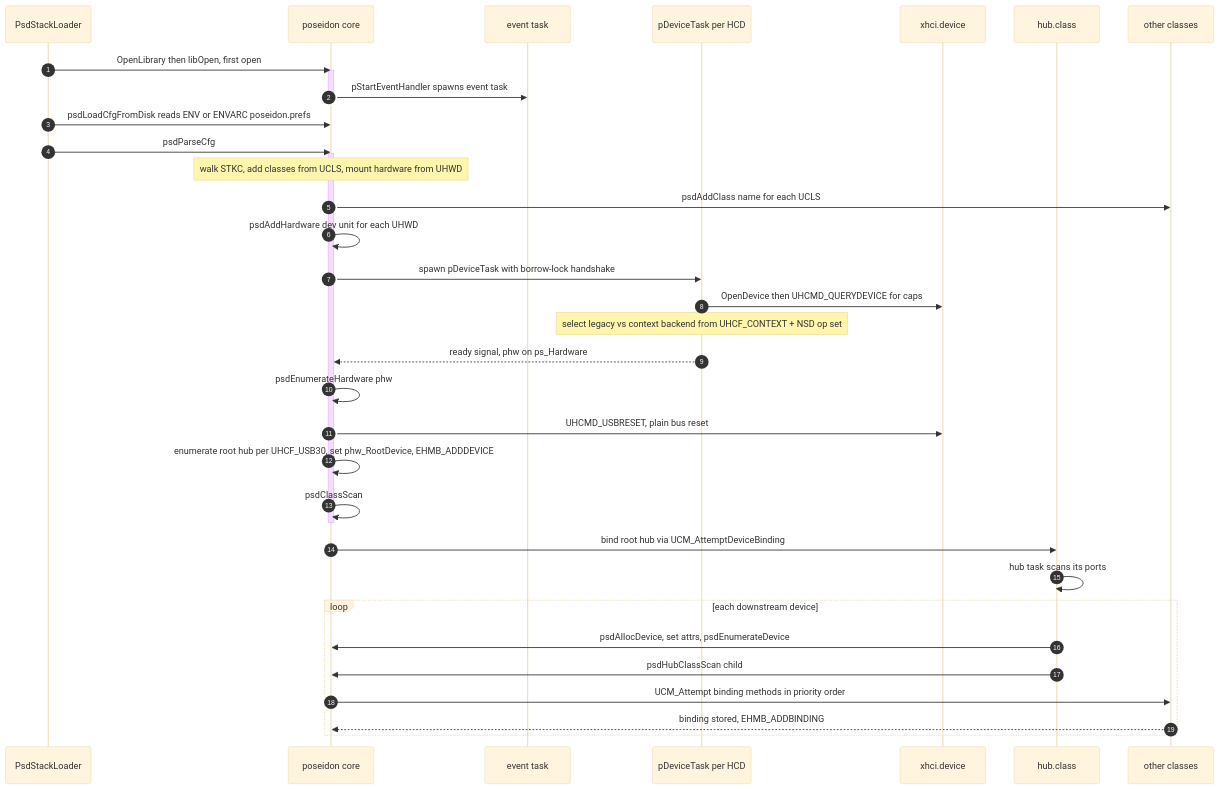
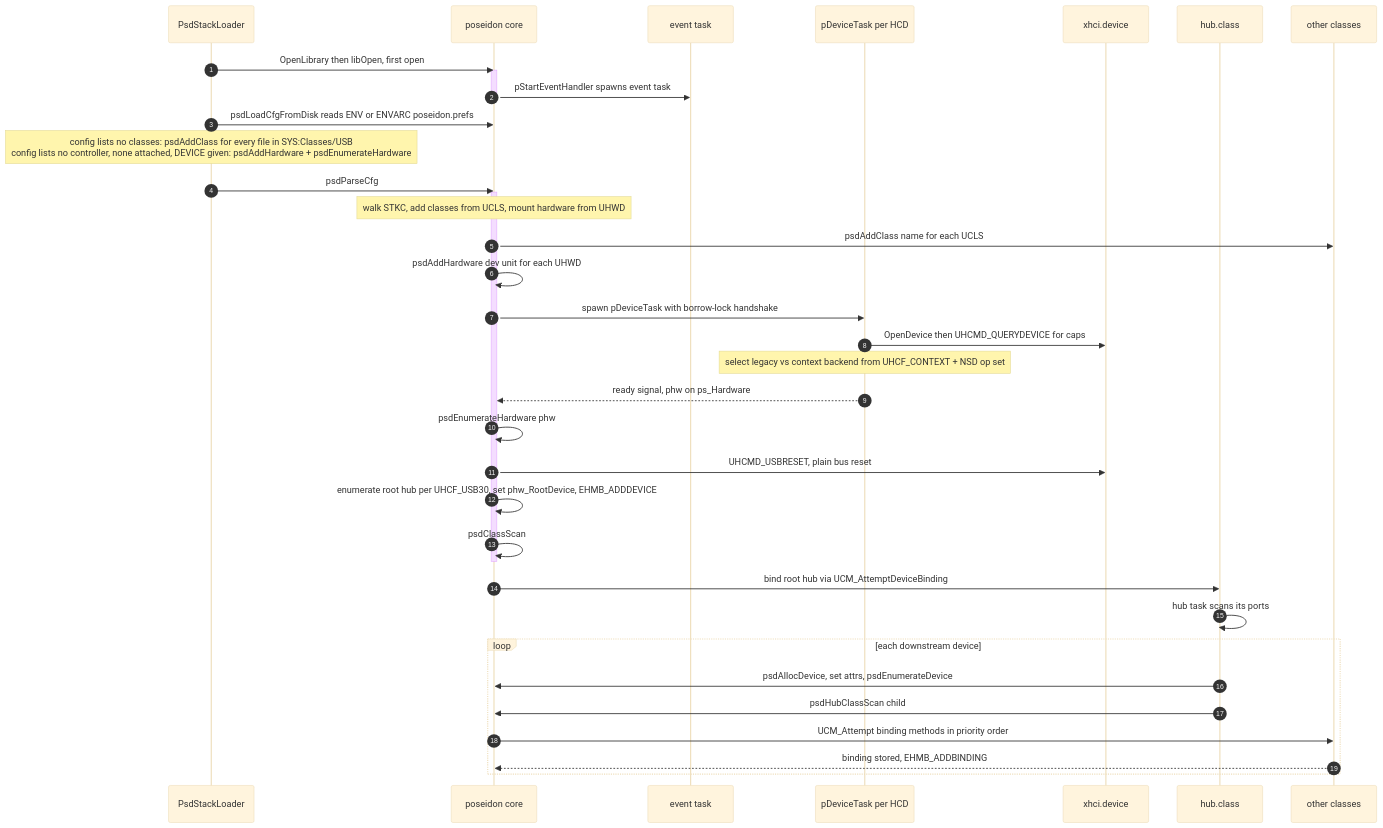
One commit to rondoval/poseidon-backport changed diagram 12 of 17 in docs/poseidon.library-architecture.md. Above: the diagram before and after it, drawn with Mermaid (base theme). The commit also changed other lines of this file and 6 other files, not shown here.

````diff
--- a/docs/poseidon.library-architecture.md
+++ b/docs/poseidon.library-architecture.md
@@ -963,39 +963,40 @@
 ```mermaid
 sequenceDiagram
     autonumber
     participant SL as PsdStackLoader
     participant PS as poseidon core
     participant ET as event task
     participant HW as pDeviceTask per HCD
     participant HCD as xhci.device
     participant HUB as hub.class
     participant CLS as other classes
 
     SL->>PS: OpenLibrary then libOpen, first open
     activate PS
     PS->>ET: pStartEventHandler spawns event task
     deactivate PS
     SL->>PS: psdLoadCfgFromDisk reads ENV or ENVARC poseidon.prefs
+    note over SL: config lists no classes: psdAddClass for every file in SYS:Classes/USB<br/>config lists no controller, none attached, DEVICE given: psdAddHardware + psdEnumerateHardware
     SL->>PS: psdParseCfg
     activate PS
     note over PS: walk STKC, add classes from UCLS, mount hardware from UHWD
     PS->>CLS: psdAddClass name for each UCLS
     PS->>PS: psdAddHardware dev unit for each UHWD
     PS->>HW: spawn pDeviceTask with borrow-lock handshake
     HW->>HCD: OpenDevice then UHCMD_QUERYDEVICE for caps
     note over HW: select legacy vs context backend from UHCF_CONTEXT + NSD op set
     HW-->>PS: ready signal, phw on ps_Hardware
     PS->>PS: psdEnumerateHardware phw
     PS->>HCD: UHCMD_USBRESET, plain bus reset
     PS->>PS: enumerate root hub per UHCF_USB30, set phw_RootDevice, EHMB_ADDDEVICE
     PS->>PS: psdClassScan
     deactivate PS
     PS->>HUB: bind root hub via UCM_AttemptDeviceBinding
     HUB->>HUB: hub task scans its ports
     loop each downstream device
         HUB->>PS: psdAllocDevice, set attrs, psdEnumerateDevice
         HUB->>PS: psdHubClassScan child
         PS->>CLS: UCM_Attempt binding methods in priority order
         CLS-->>PS: binding stored, EHMB_ADDBINDING
     end
 ```
````
